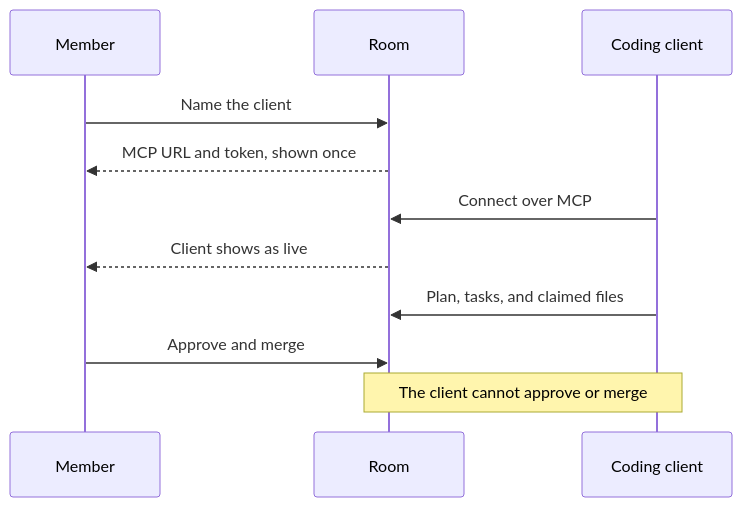
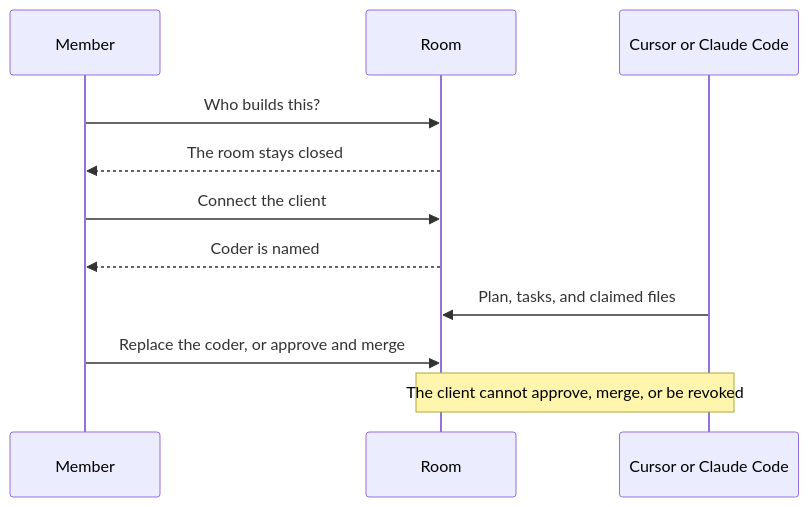
One commit to DogukanGun/colag changed the second of 3 diagrams in README.md. Above: the diagram before and after it, drawn with Mermaid. The commit also changed other lines of this file and 9 other files, not shown here.

Commit message:
Present the live room and publish the sales demo.

````diff
--- a/README.md
+++ b/README.md
@@ -67,13 +71,13 @@
 ```mermaid
 sequenceDiagram
   participant Member
   participant Room
-  participant Client as Coding client
-  Member->>Room: Name the client
-  Room-->>Member: MCP URL and token, shown once
-  Client->>Room: Connect over MCP
-  Room-->>Member: Client shows as live
+  participant Client as Cursor or Claude Code
+  Member->>Room: Who builds this?
+  Room-->>Member: The room stays closed
+  Member->>Room: Connect the client
+  Room-->>Member: Coder is named
   Client->>Room: Plan, tasks, and claimed files
-  Member->>Room: Approve and merge
-  Note over Client,Room: The client cannot approve or merge
+  Member->>Room: Replace the coder, or approve and merge
+  Note over Client,Room: The client cannot approve, merge, or be revoked
 ```
````
